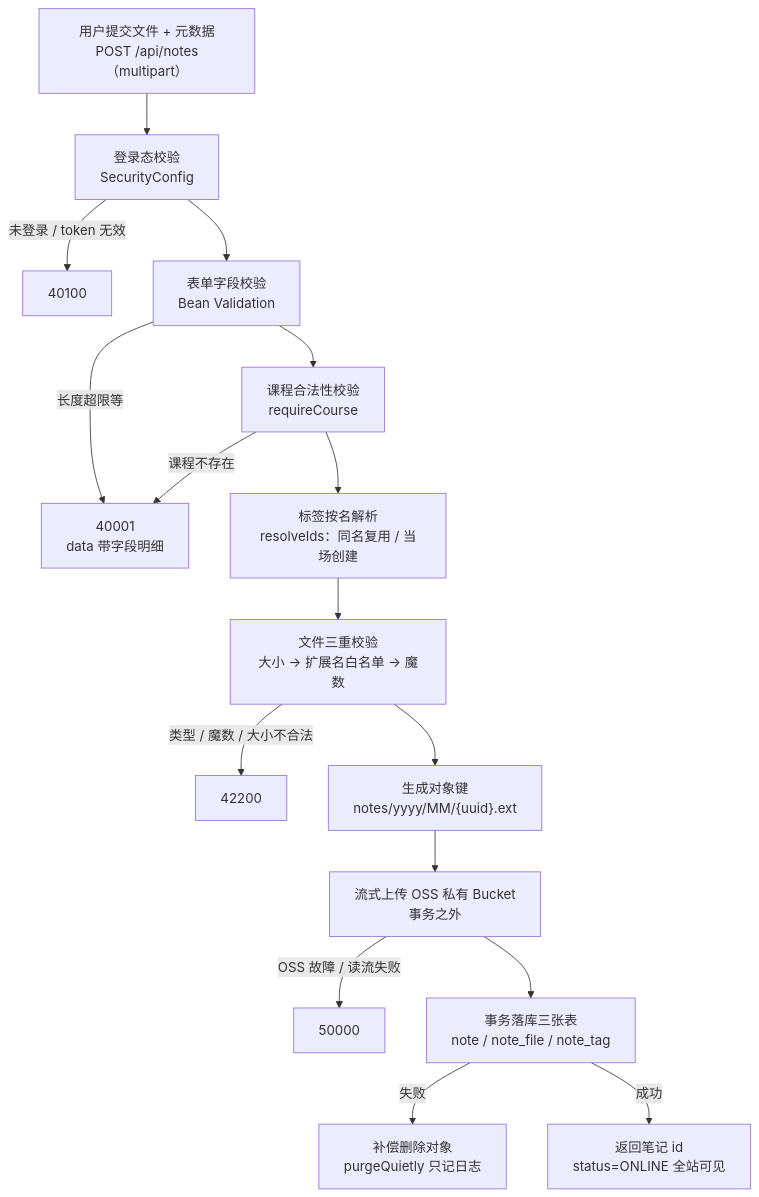
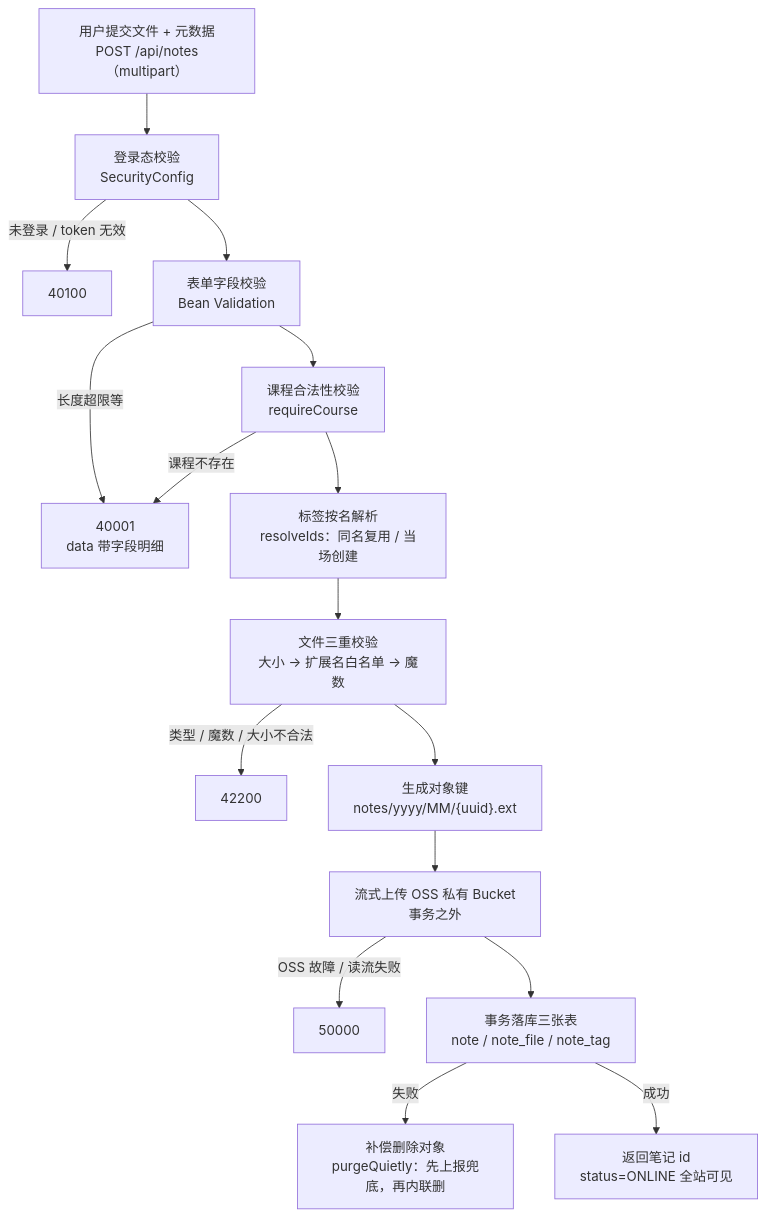
Before and after one commit to ShiwarHoufu/jotang-note: the diagram in docs/功能说明/note/笔记上传.md, drawn with Mermaid. The commit also changed other lines of this file and 36 other files, not shown here.

````diff
--- a/docs/功能说明/note/笔记上传.md
+++ b/docs/功能说明/note/笔记上传.md
@@ -30,18 +30,18 @@
 ```mermaid
 flowchart TD
     A["用户提交文件 + 元数据<br/>POST /api/notes（multipart）"] --> B["登录态校验<br/>SecurityConfig"]
     B -->|未登录 / token 无效| E1["40100"]
     B --> C["表单字段校验<br/>Bean Validation"]
     C -->|长度超限等| E2["40001<br/>data 带字段明细"]
     C --> D["课程合法性校验<br/>requireCourse"]
     D -->|课程不存在| E2
     D --> F["标签按名解析<br/>resolveIds：同名复用 / 当场创建"]
     F --> G["文件三重校验<br/>大小 → 扩展名白名单 → 魔数"]
     G -->|类型 / 魔数 / 大小不合法| E3["42200"]
     G --> H["生成对象键<br/>notes/yyyy/MM/{uuid}.ext"]
     H --> I["流式上传 OSS 私有 Bucket<br/>事务之外"]
     I -->|OSS 故障 / 读流失败| E4["50000"]
     I --> J["事务落库三张表<br/>note / note_file / note_tag"]
-    J -->|失败| K["补偿删除对象<br/>purgeQuietly 只记日志"]
+    J -->|失败| K["补偿删除对象<br/>purgeQuietly：先上报兜底，再内联删"]
     J -->|成功| L["返回笔记 id<br/>status=ONLINE 全站可见"]
 ```
````
